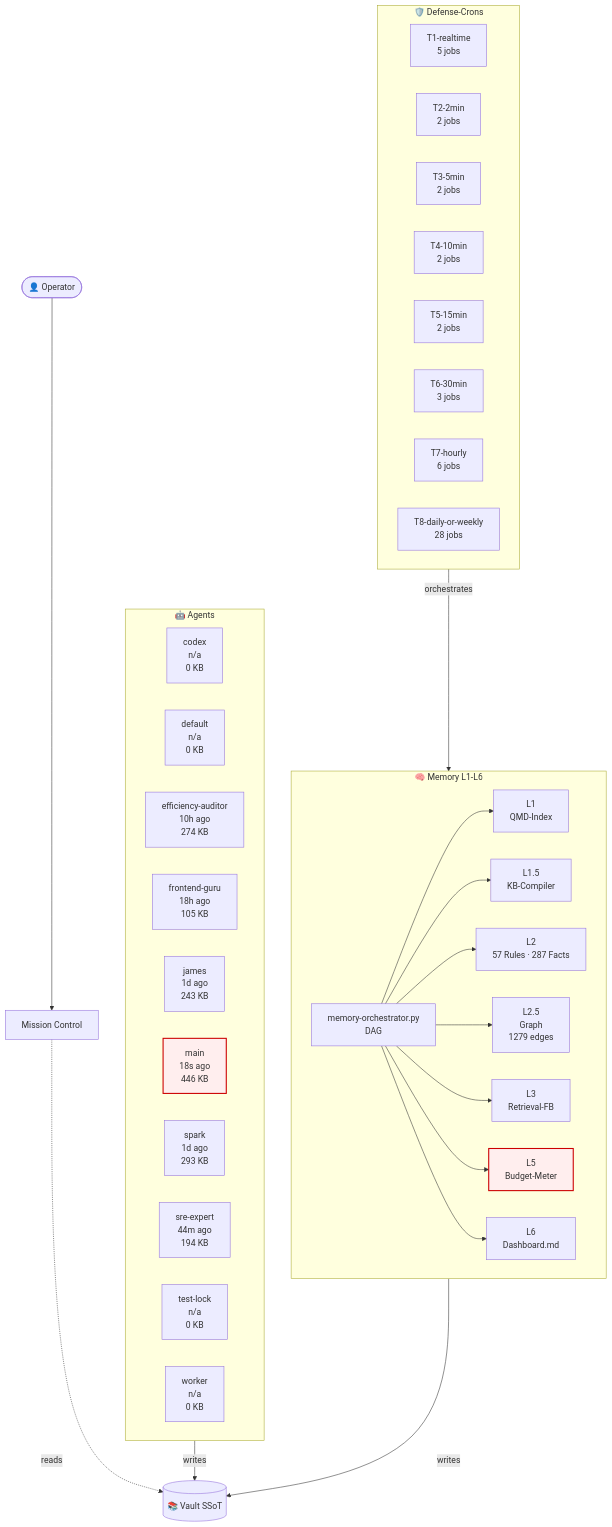
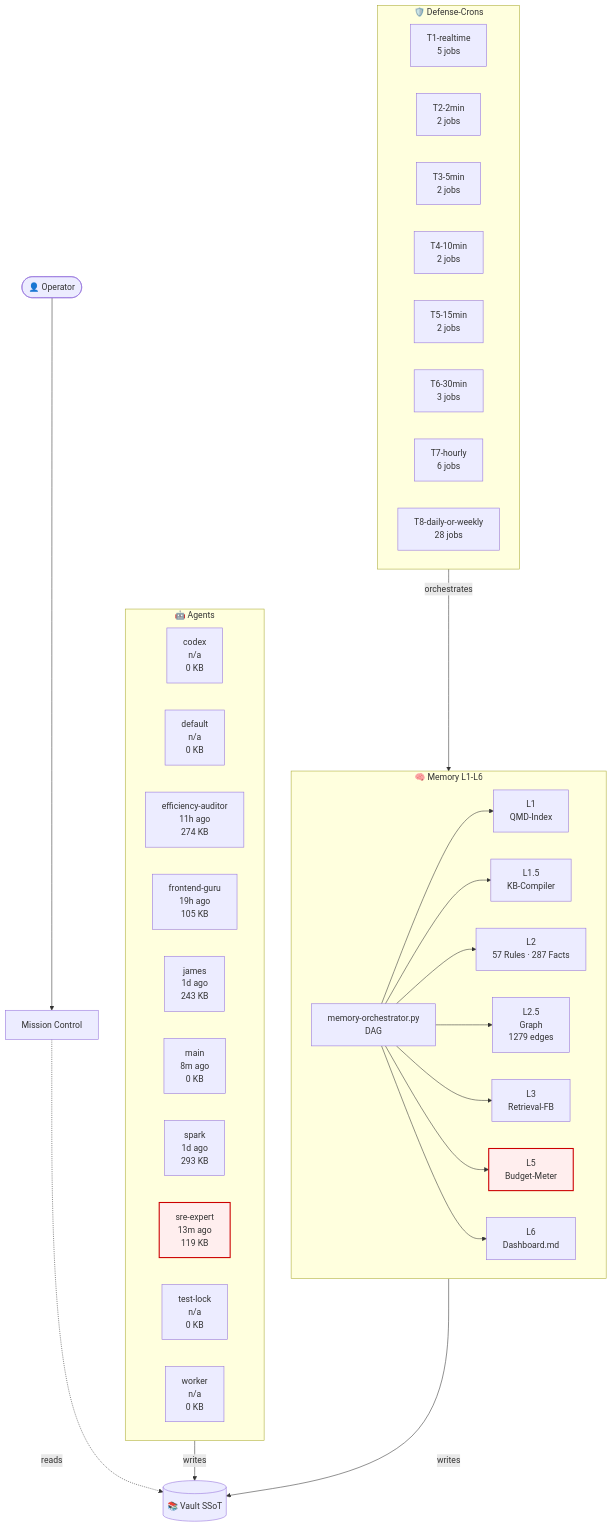
One commit to lenardhuebner88-rgb/openclaw-memory changed the diagram in 03-Agents/architecture-live.md. Above: the diagram before and after it, drawn with Mermaid. The commit also changed other lines of this file and 6 other files, not shown here.

````diff
--- a/03-Agents/architecture-live.md
+++ b/03-Agents/architecture-live.md
@@ -18,53 +18,53 @@
 ```mermaid
 flowchart TB
     classDef critical fill:#fee,stroke:#c00,stroke-width:2px;
     subgraph AGT["🤖 Agents"]
         agent_codex["codex<br/>n/a<br/>0 KB"]
         agent_default["default<br/>n/a<br/>0 KB"]
-        agent_efficiency_auditor["efficiency-auditor<br/>10h ago<br/>274 KB"]
-        agent_frontend_guru["frontend-guru<br/>18h ago<br/>105 KB"]
+        agent_efficiency_auditor["efficiency-auditor<br/>11h ago<br/>274 KB"]
+        agent_frontend_guru["frontend-guru<br/>19h ago<br/>105 KB"]
         agent_james["james<br/>1d ago<br/>243 KB"]
-        agent_main["main<br/>18s ago<br/>446 KB"]
+        agent_main["main<br/>8m ago<br/>0 KB"]
         agent_spark["spark<br/>1d ago<br/>293 KB"]
-        agent_sre_expert["sre-expert<br/>44m ago<br/>194 KB"]
+        agent_sre_expert["sre-expert<br/>13m ago<br/>119 KB"]
         agent_test_lock["test-lock<br/>n/a<br/>0 KB"]
         agent_worker["worker<br/>n/a<br/>0 KB"]
     end
     subgraph MEM["🧠 Memory L1-L6"]
         L1["L1<br/>QMD-Index"]
         L15["L1.5<br/>KB-Compiler"]
         L2["L2<br/>57 Rules · 287 Facts"]
         L25["L2.5<br/>Graph<br/>1279 edges"]
         L3["L3<br/>Retrieval-FB"]
         L5["L5<br/>Budget-Meter"]
         L6["L6<br/>Dashboard.md"]
         ORCH["memory-orchestrator.py<br/>DAG"]
     end
     subgraph CRN["🛡️ Defense-Crons"]
         tier_T1_realtime["T1-realtime<br/>5 jobs"]
         tier_T2_2min["T2-2min<br/>2 jobs"]
         tier_T3_5min["T3-5min<br/>2 jobs"]
         tier_T4_10min["T4-10min<br/>2 jobs"]
         tier_T5_15min["T5-15min<br/>2 jobs"]
         tier_T6_30min["T6-30min<br/>3 jobs"]
         tier_T7_hourly["T7-hourly<br/>6 jobs"]
         tier_T8_daily_or_weekly["T8-daily-or-weekly<br/>28 jobs"]
     end
     VAULT[("📚 Vault SSoT")]
     OP([👤 Operator])
     MC["Mission Control"]
     OP --> MC
     MC -.reads.-> VAULT
     AGT -->|writes| VAULT
     MEM -->|writes| VAULT
     ORCH --> L1
     ORCH --> L15
     ORCH --> L2
     ORCH --> L25
     ORCH --> L3
     ORCH --> L5
     ORCH --> L6
     CRN -->|orchestrates| MEM
     class L5 critical
-    class agent_main critical
+    class agent_sre_expert critical
 ```
````
